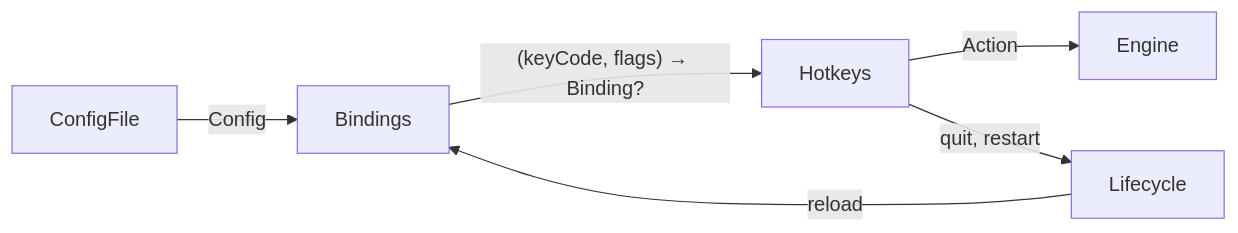
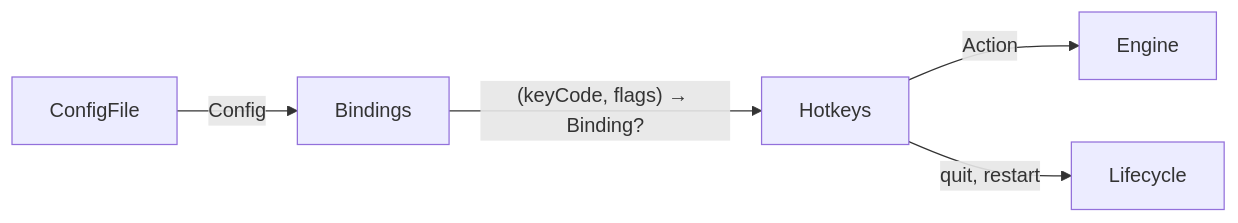
One commit to brennovich/ottowm changed the fourth of 22 diagrams in ARCHITECTURE.md. Above: the diagram before and after it, drawn with Mermaid. The commit also changed other lines of this file, not shown here.

Commit message:
Re-structure ARCHITECTURE.md

````diff
--- a/ARCHITECTURE.md
+++ b/ARCHITECTURE.md
@@ -132,8 +96,7 @@
 ```mermaid
 flowchart LR
     ConfigFile -->|Config| Bindings
     Bindings -->|"(keyCode, flags) → Binding?"| Hotkeys
     Hotkeys -->|Action| Engine
     Hotkeys -->|quit, restart| Lifecycle
-    Lifecycle -->|reload| Bindings
 ```
````
